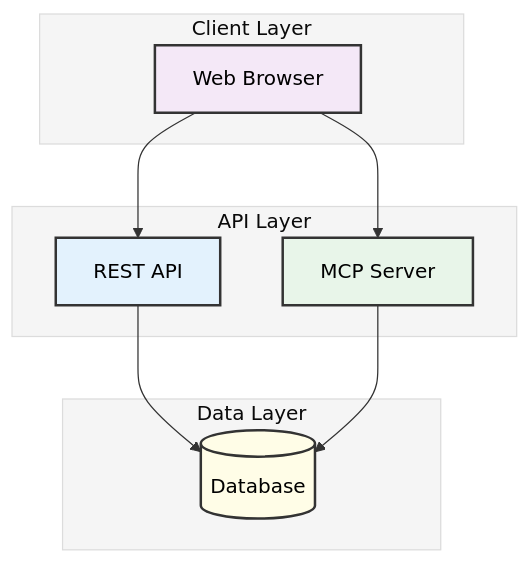
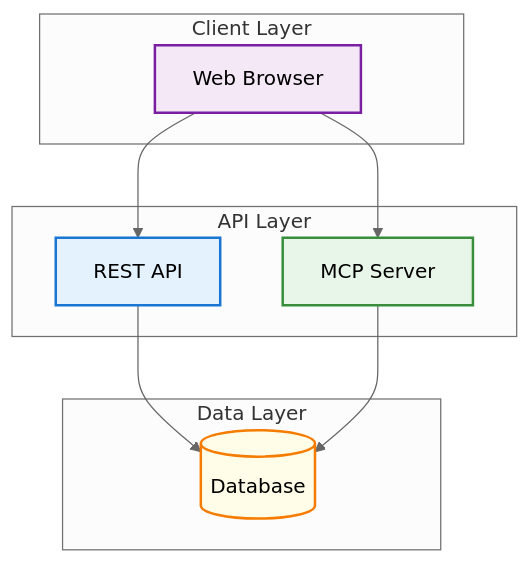
The third of 7 diagrams in docs/mermaid-contrast.md (softwarewrighter/pdf2md), drawn with Mermaid before and after one commit. The commit also changed other lines of this file and 7 other files, not shown here.

First line of the commit message:
fix: update mermaid diagrams for GitHub dark mode compatibility

````diff
--- a/docs/mermaid-contrast.md
+++ b/docs/mermaid-contrast.md
@@ -73,26 +95,26 @@
 ```mermaid
-%%{init: {'theme':'base', 'themeVariables': {'primaryColor':'#f5f5f5','primaryTextColor':'#000','primaryBorderColor':'#333','lineColor':'#333','secondaryColor':'#f5f5f5','tertiaryColor':'#f5f5f5'}}}%%
+%%{init: {'theme':'neutral'}}%%
 graph TB
     subgraph "Client Layer"
         UI[Web Browser]
     end
 
     subgraph "API Layer"
         REST[REST API]
         MCP[MCP Server]
     end
 
     subgraph "Data Layer"
         DB[(Database)]
     end
 
     UI --> REST
     UI --> MCP
     REST --> DB
     MCP --> DB
 
-    style UI fill:#f4e8f7,stroke:#333,stroke-width:2px,color:#000
-    style REST fill:#e3f2fd,stroke:#333,stroke-width:2px,color:#000
-    style MCP fill:#e8f5e9,stroke:#333,stroke-width:2px,color:#000
-    style DB fill:#fffde7,stroke:#333,stroke-width:2px,color:#000
+    style UI fill:#f4e8f7,stroke:#7b1fa2,stroke-width:2px
+    style REST fill:#e3f2fd,stroke:#1976d2,stroke-width:2px
+    style MCP fill:#e8f5e9,stroke:#388e3c,stroke-width:2px
+    style DB fill:#fffde7,stroke:#f57c00,stroke-width:2px
 ```
````
